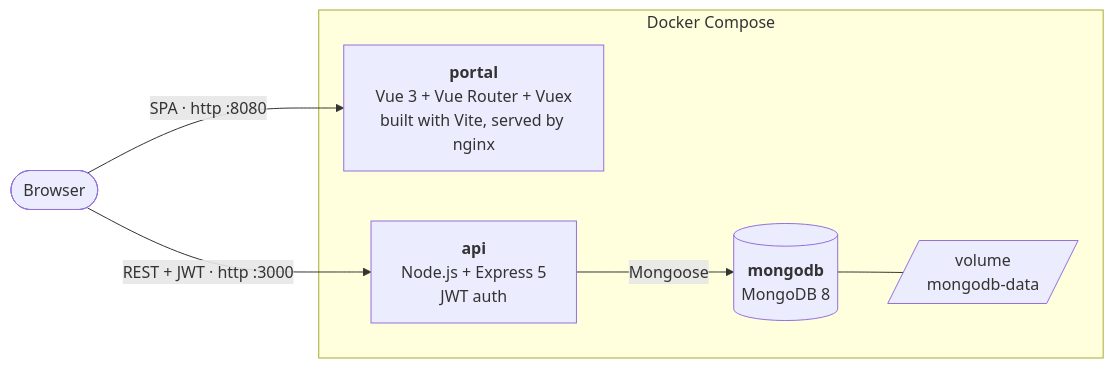
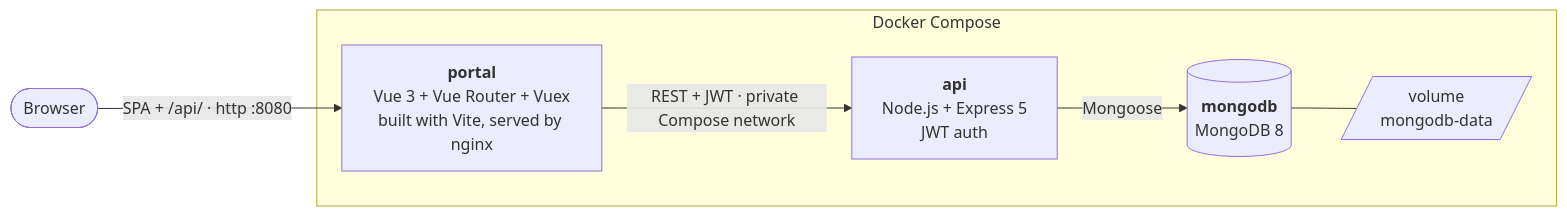
The diagram in README.md (fguisso/MEVN-Dockerized), drawn with Mermaid before and after one commit. The commit also changed other lines of this file, not shown here.

Commit message:
docs: explain internal NPM preview and private API routing (#32)

````diff
--- a/README.md
+++ b/README.md
@@ -15,16 +15,16 @@
 ```mermaid
 flowchart LR
     browser(["Browser"])
 
     subgraph compose["Docker Compose"]
         portal["<strong>portal</strong><br/>Vue 3 + Vue Router + Vuex<br/>built with Vite, served by nginx"]
         api["<strong>api</strong><br/>Node.js + Express 5<br/>JWT auth"]
         db[("<strong>mongodb</strong><br/>MongoDB 8")]
         vol[/"volume<br/>mongodb-data"/]
     end
 
-    browser -->|"SPA · http :8080"| portal
-    browser -->|"REST + JWT · http :3000"| api
+    browser -->|"SPA + /api/ · http :8080"| portal
+    portal -->|"REST + JWT · private Compose network"| api
     api -->|"Mongoose"| db
     db --- vol
 ```
````
